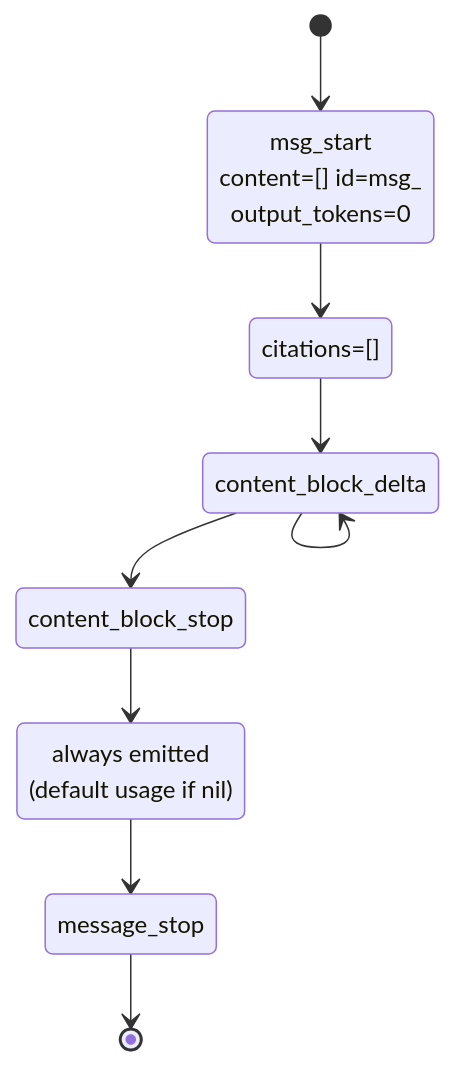
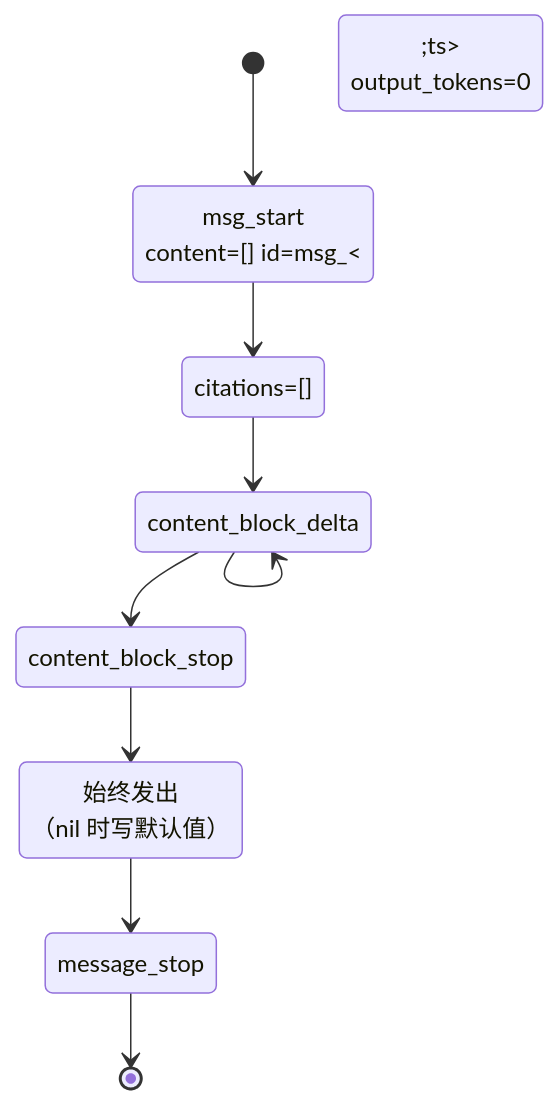
The fourth of 8 diagrams in docs/REQUEST_LIFECYCLE.md (yejinlei/agent-proxy), drawn with Mermaid before and after one commit. The commit also changed other lines of this file and 5 other files, not shown here.

Commit message:
docs: fix mermaid quote escaping in 4 Chinese docs + interactive HTML zh

````diff
--- a/docs/REQUEST_LIFECYCLE.md
+++ b/docs/REQUEST_LIFECYCLE.md
@@ -131,15 +131,15 @@
 ```mermaid
 stateDiagram-v2
     [*] --> message_start
     message_start --> content_block_start
     content_block_start --> content_block_delta
     content_block_delta --> content_block_delta
     content_block_delta --> content_block_stop
     content_block_stop --> message_delta
     message_delta --> message_stop
     message_stop --> [*]
 
-    message_start: msg_start<br/>content=[] id=msg_<ts><br/>output_tokens=0
+    message_start: msg_start<br/>content=[] id=msg_&lt;ts&gt;<br/>output_tokens=0
     content_block_start: citations=[]
-    message_delta: always emitted<br/>(default usage if nil)
+    message_delta: 始终发出<br/>（nil 时写默认值）
 ```
````
